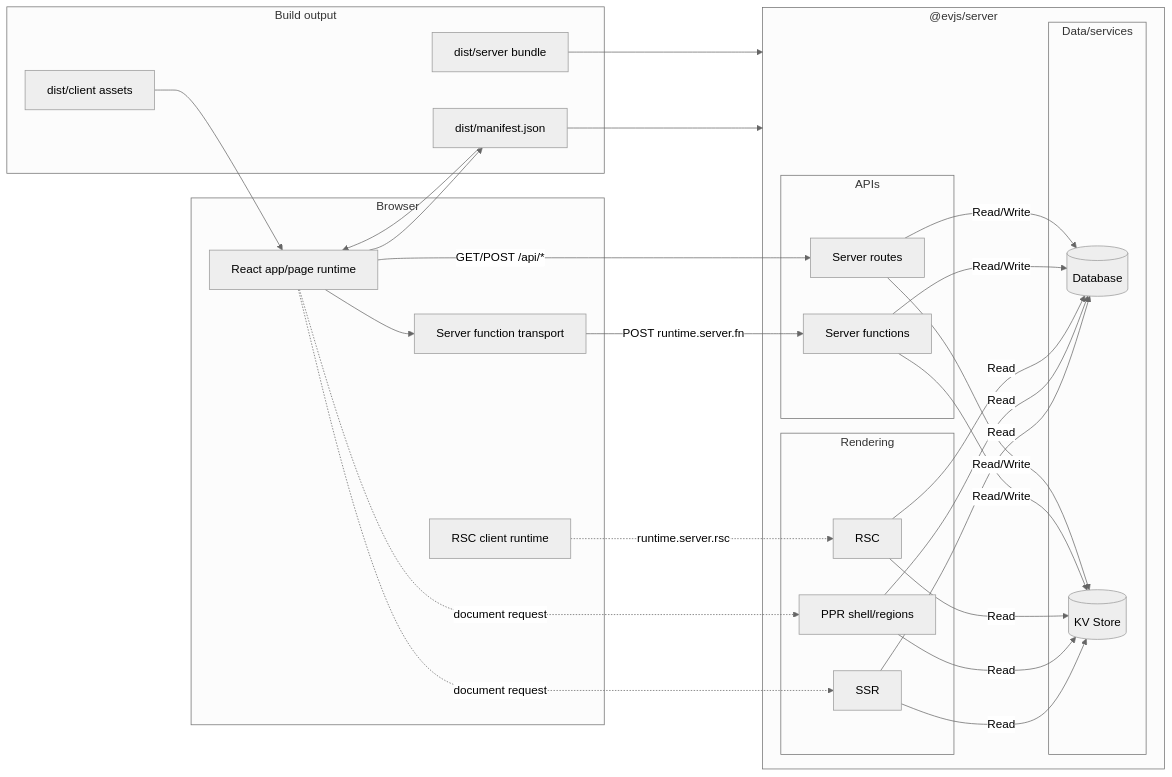
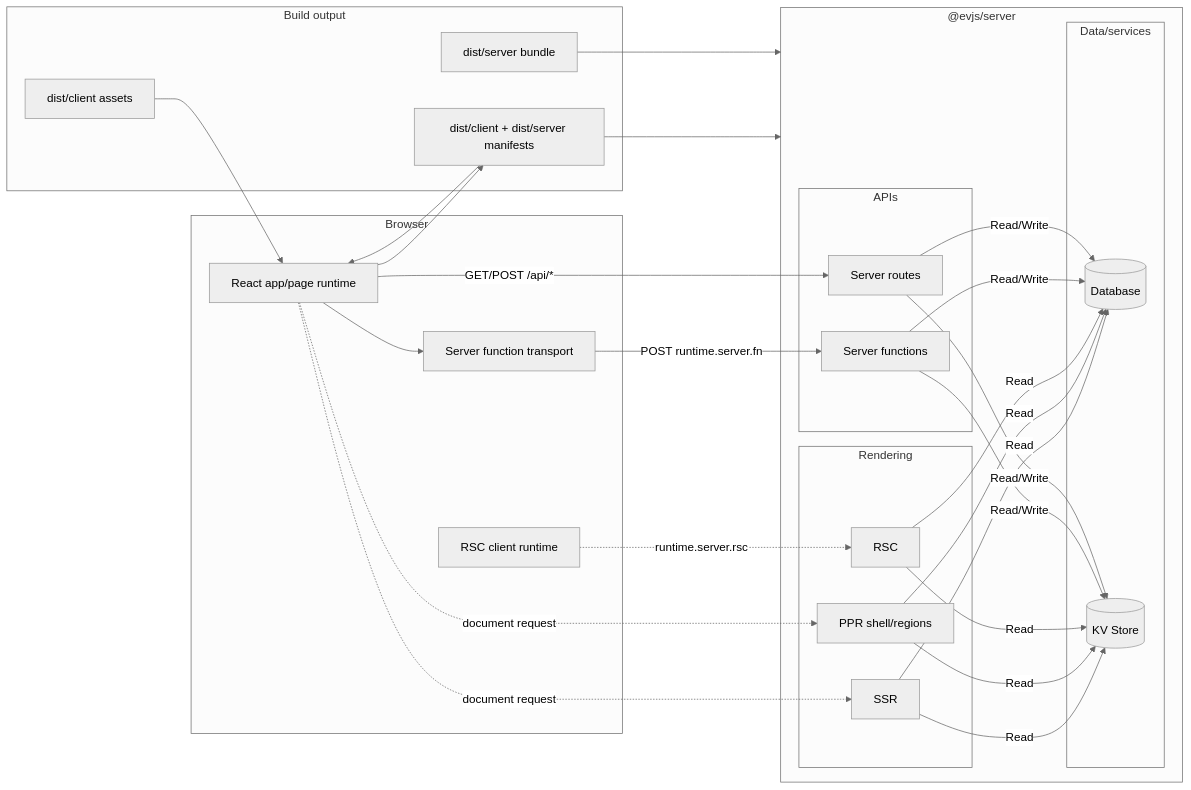
Before and after one commit to binhanchen25-arch/evjs: the diagram in docs/docs/overview.md, drawn with Mermaid (neutral theme). The commit also changed 50 other files, not shown here.

````diff
--- a/docs/docs/overview.md
+++ b/docs/docs/overview.md
@@ -31,56 +31,56 @@
 ```mermaid
 flowchart LR
     subgraph Browser ["Browser"]
         UI["React app/page runtime"]
         RPC["Server function transport"]
         RSCClient["RSC client runtime"]
     end
 
     subgraph Server ["@evjs/server"]
         subgraph Rendering ["Rendering"]
             SSR["SSR"]
             PPR["PPR shell/regions"]
             RSC["RSC"]
         end
 
         subgraph APIs ["APIs"]
             SF["Server functions"]
             RH["Server routes"]
         end
 
         subgraph Data ["Data/services"]
             DB[("Database")]
             KV[("KV Store")]
         end
     end
 
     subgraph Build ["Build output"]
-        MANIFEST["dist/manifest.json"]
+        MANIFEST["dist/client + dist/server manifests"]
         ASSETS["dist/client assets"]
         SERVERBUNDLE["dist/server bundle"]
     end
 
     UI --> MANIFEST
     UI --> RPC
     UI -.->|"document request"| SSR
     UI -.->|"document request"| PPR
     RSCClient -.->|"runtime.server.rsc"| RSC
 
     SSR -->|Read| DB
     SSR -->|Read| KV
     PPR -->|Read| DB
     PPR -->|Read| KV
     RSC -->|Read| DB
     RSC -->|Read| KV
     SF -->|Read/Write| DB
     SF -->|Read/Write| KV
     RH -->|Read/Write| DB
     RH -->|Read/Write| KV
 
     RPC -->|"POST runtime.server.fn"| SF
     UI -->|"GET/POST /api/*"| RH
     MANIFEST --> UI
     MANIFEST --> Server
     ASSETS --> UI
     SERVERBUNDLE --> Server
 ```
````
